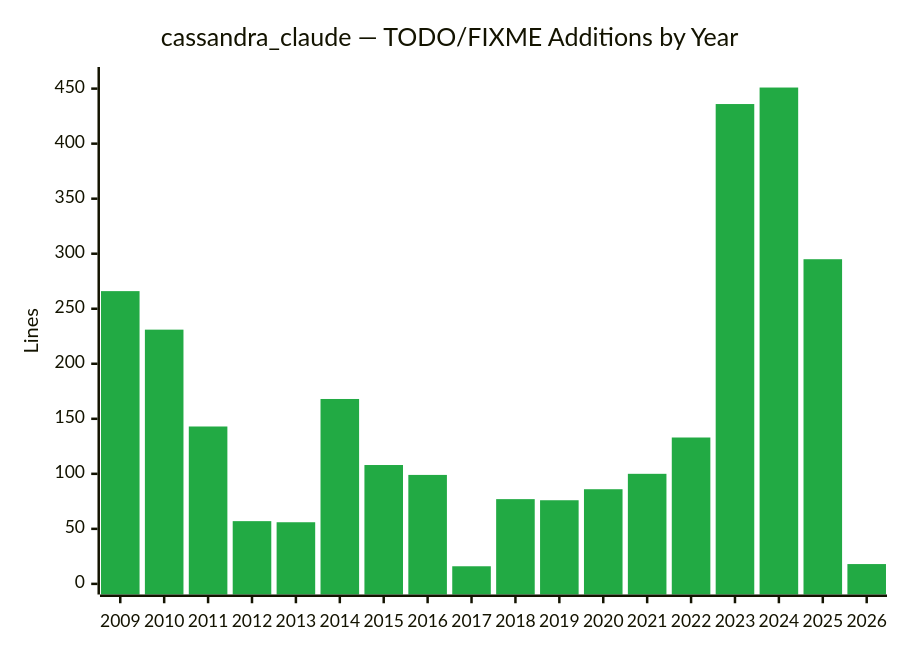
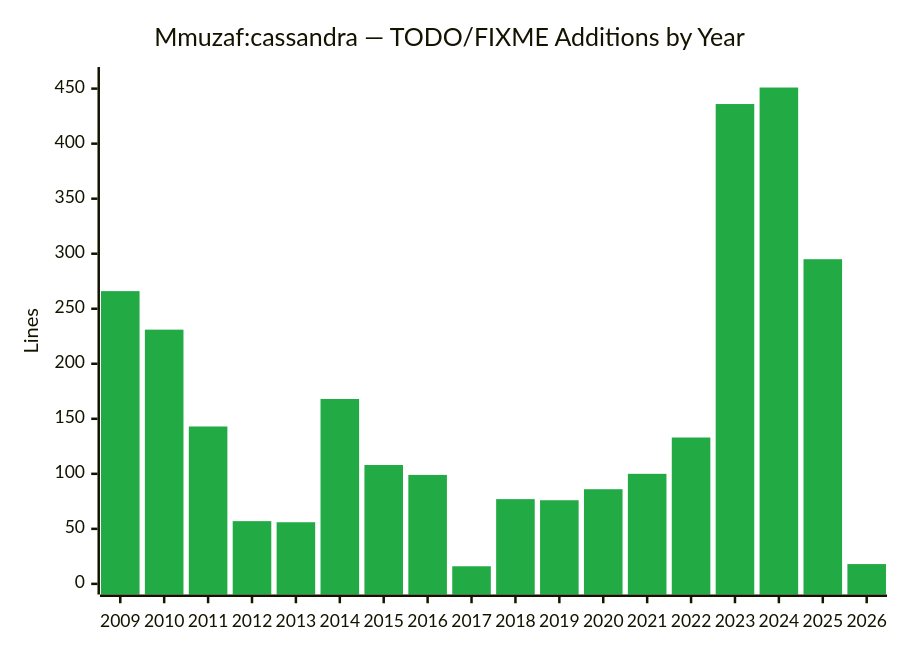
One commit to Mmuzaf/cassandra changed the second of 7 diagrams in todo_analysis.md. Above: the diagram before and after it, drawn with Mermaid. The commit also changed other lines of this file, not shown here.

Commit message:
fix background

````diff
--- a/todo_analysis.md
+++ b/todo_analysis.md
@@ -21,8 +21,8 @@
 ```mermaid
-%%{init: {'theme': 'base', 'themeVariables': {'xyChart': {'plotColorPalette': '#22aa44'}}}}%%
+%%{init: {'theme': 'base', 'themeVariables': {'background': '#ffffff', 'xyChart': {'plotColorPalette': '#22aa44'}}}}%%
 xychart-beta
-    title "cassandra_claude — TODO/FIXME Additions by Year"
+    title "Mmuzaf:cassandra — TODO/FIXME Additions by Year"
     x-axis [2009, 2010, 2011, 2012, 2013, 2014, 2015, 2016, 2017, 2018, 2019, 2020, 2021, 2022, 2023, 2024, 2025, 2026]
     y-axis "Lines" 0 --> 460
     bar [266, 231, 143, 57, 56, 168, 108, 99, 16, 77, 76, 86, 100, 133, 436, 451, 295, 18]
 ```
````
